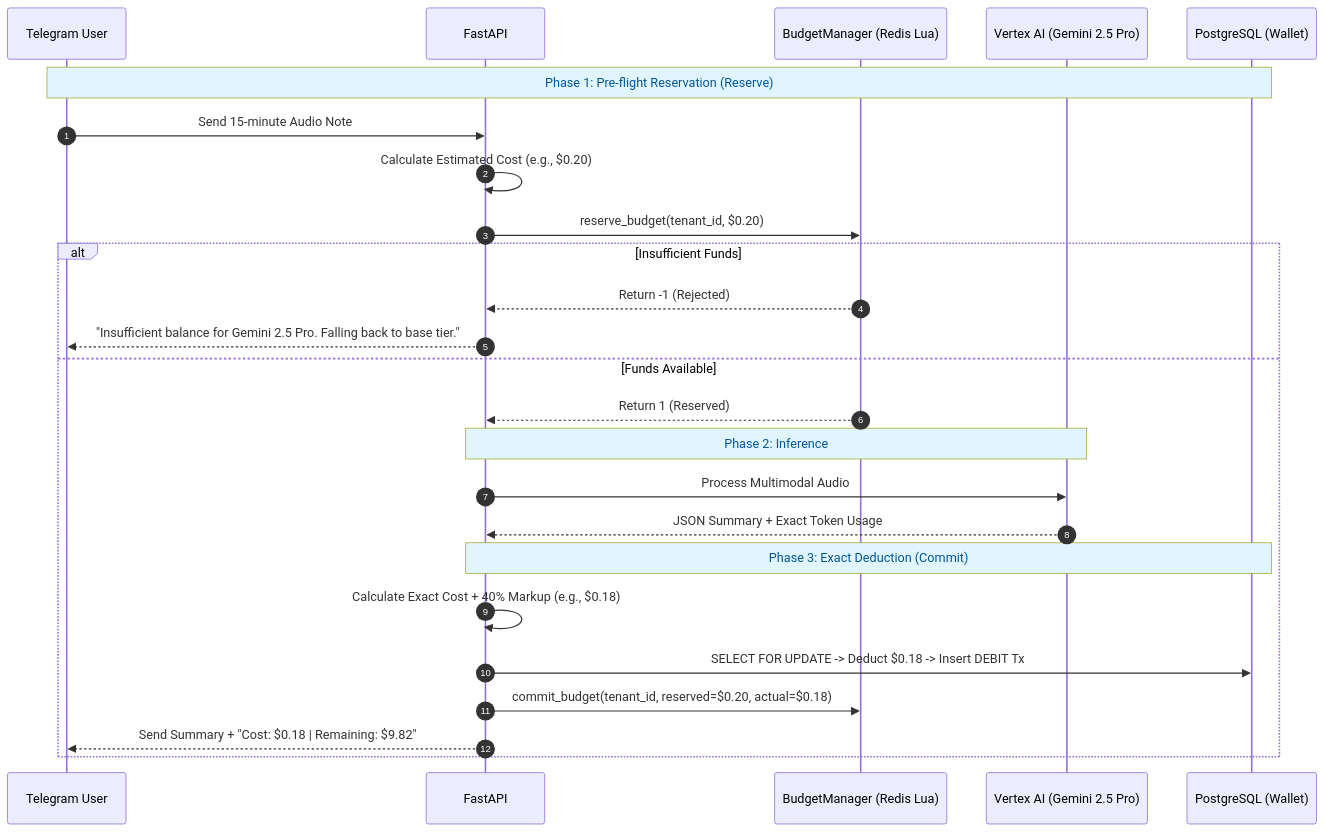
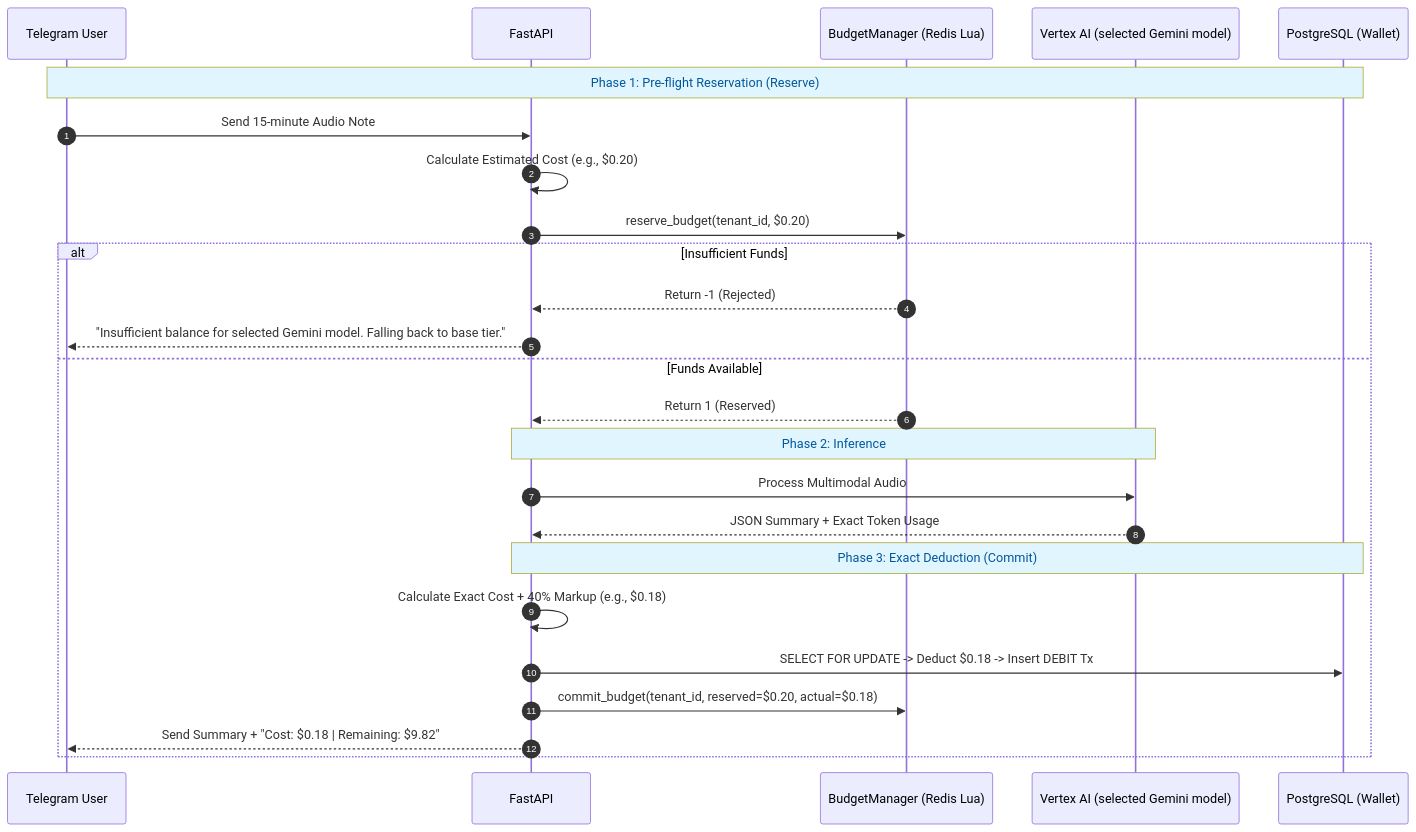
Before and after one commit to JMMAILabs/frugal-fortress-architecture: the diagram in docs/diagrams/AURA/diagram_payg_billing.md, drawn with Mermaid. The commit also changed 20 other files, not shown here.

Commit message:
docs: document Gemini 3 model migration

````diff
--- a/docs/diagrams/AURA/diagram_payg_billing.md
+++ b/docs/diagrams/AURA/diagram_payg_billing.md
@@ -5,32 +5,32 @@
 ```mermaid
 %%{init: {'theme': 'default', 'themeVariables': { 'noteBkgColor': '#e1f5fe', 'noteTextColor': '#01579b'}}}%%
 sequenceDiagram
     autonumber
     participant User as Telegram User
     participant API as FastAPI
     participant Budget as BudgetManager (Redis Lua)
-    participant LLM as Vertex AI (Gemini 2.5 Pro)
+    participant LLM as Vertex AI (selected Gemini model)
     participant DB as PostgreSQL (Wallet)
 
     Note over User, DB: Phase 1: Pre-flight Reservation (Reserve)
     User->>API: Send 15-minute Audio Note
     API->>API: Calculate Estimated Cost (e.g., $0.20)
     API->>Budget: reserve_budget(tenant_id, $0.20)
     
     alt Insufficient Funds
         Budget-->>API: Return -1 (Rejected)
-        API-->>User: "Insufficient balance for Gemini 2.5 Pro. Falling back to base tier."
+        API-->>User: "Insufficient balance for selected Gemini model. Falling back to base tier."
     else Funds Available
         Budget-->>API: Return 1 (Reserved)
         
         Note over API, LLM: Phase 2: Inference
         API->>LLM: Process Multimodal Audio
         LLM-->>API: JSON Summary + Exact Token Usage
         
         Note over API, DB: Phase 3: Exact Deduction (Commit)
         API->>API: Calculate Exact Cost + 40% Markup (e.g., $0.18)
         API->>DB: SELECT FOR UPDATE -> Deduct $0.18 -> Insert DEBIT Tx
         API->>Budget: commit_budget(tenant_id, reserved=$0.20, actual=$0.18)
         API-->>User: Send Summary + "Cost: $0.18 | Remaining: $9.82"
     end
 ```
````
